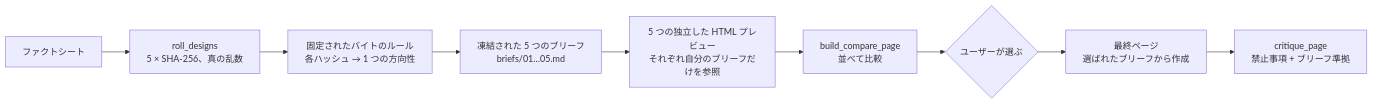
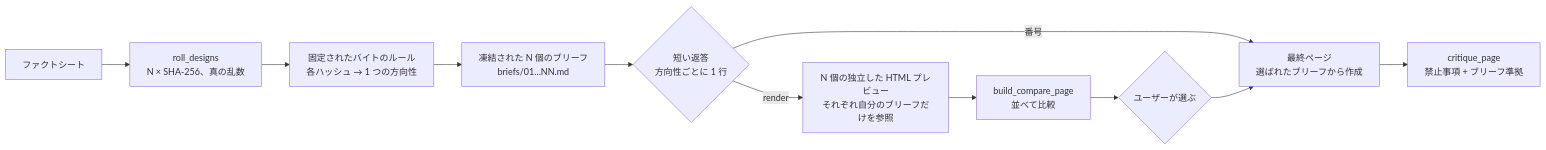
One commit to qybaihe/hash-design changed the diagram in README.ja.md. Above: the diagram before and after it, drawn with Mermaid. The commit also changed other lines of this file and 4 other files, not shown here.

````diff
--- a/README.ja.md
+++ b/README.ja.md
@@ -182,11 +224,13 @@
 ```mermaid
 flowchart LR
-  A[ファクトシート] --> B[roll_designs<br/>5 × SHA-256、真の乱数]
+  A[ファクトシート] --> B[roll_designs<br/>N × SHA-256、真の乱数]
   B --> C[固定されたバイトのルール<br/>各ハッシュ → 1 つの方向性]
-  C --> D[凍結された 5 つのブリーフ<br/>briefs/01…05.md]
-  D --> E[5 つの独立した HTML プレビュー<br/>それぞれ自分のブリーフだけを参照]
+  C --> D[凍結された N 個のブリーフ<br/>briefs/01…NN.md]
+  D --> R{短い返答<br/>方向性ごとに 1 行}
+  R -->|render| E[N 個の独立した HTML プレビュー<br/>それぞれ自分のブリーフだけを参照]
   E --> F[build_compare_page<br/>並べて比較]
   F --> G{ユーザーが選ぶ}
+  R -->|番号| H
   G --> H[最終ページ<br/>選ばれたブリーフから作成]
   H --> I[critique_page<br/>禁止事項 + ブリーフ準拠]
 ```
````
